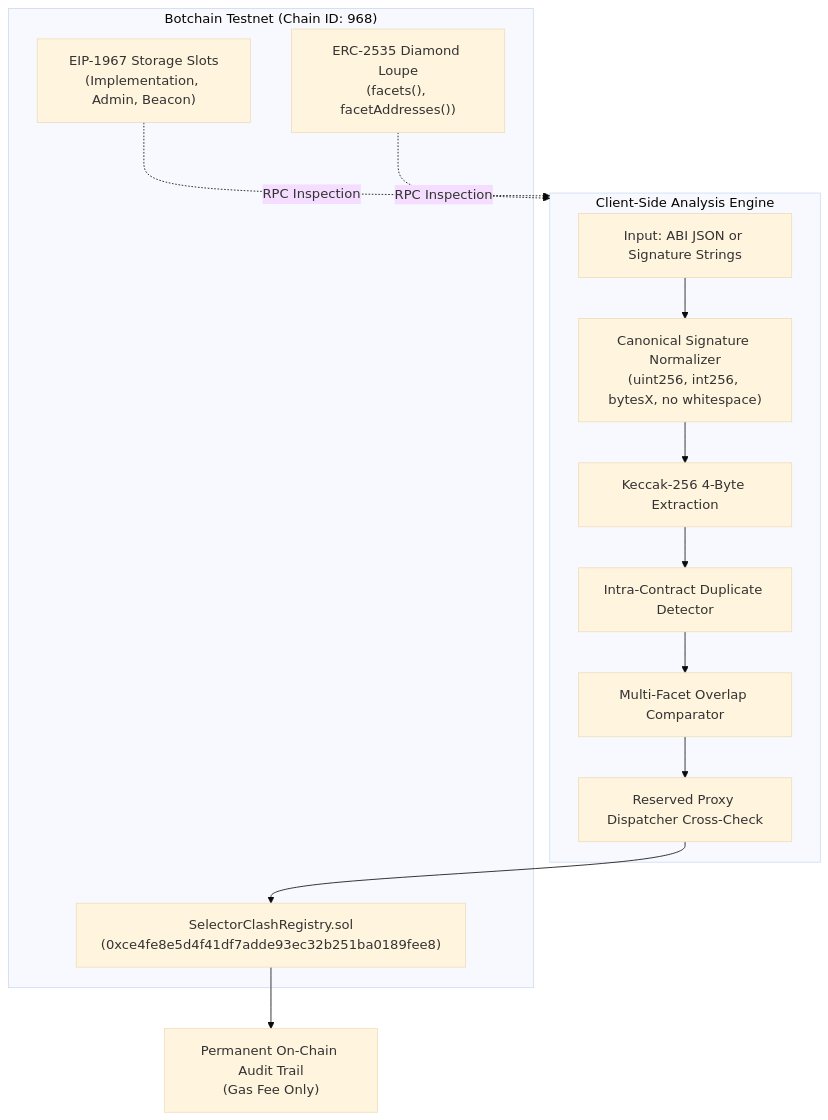
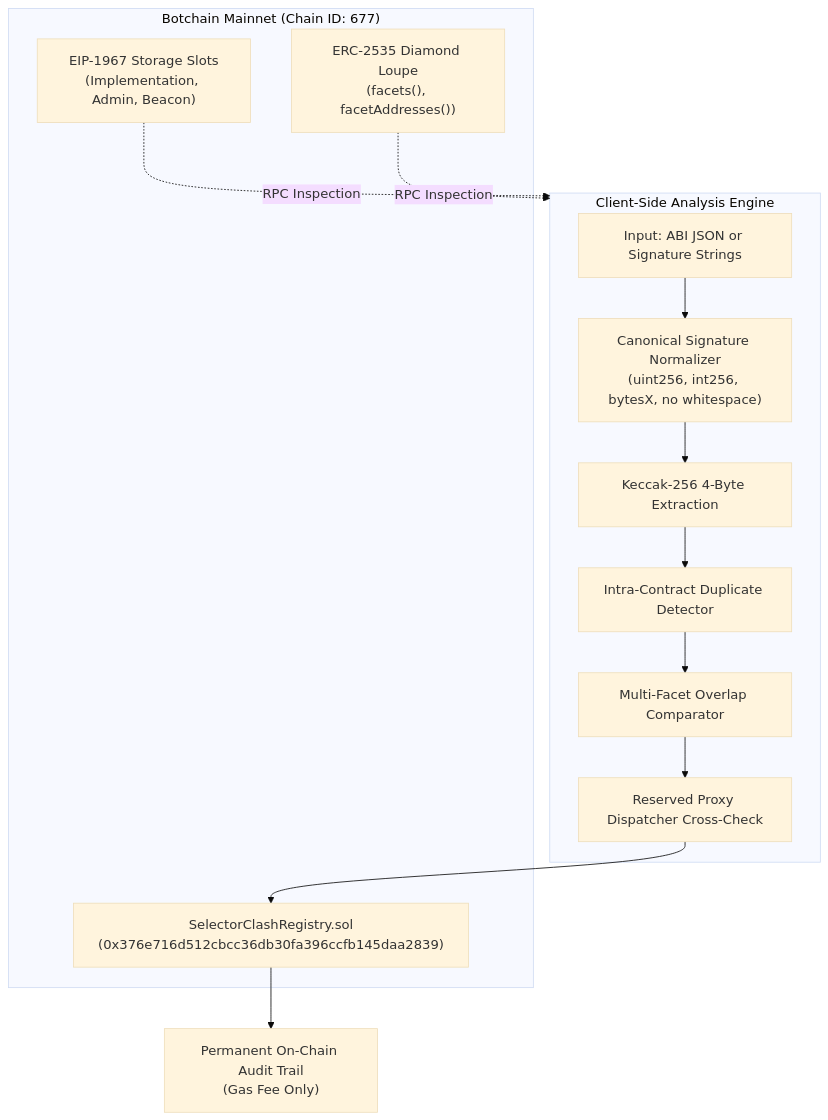
One commit to webtrovert0x/selectorClash changed the diagram in WHITEPAPER.md. Above: the diagram before and after it, drawn with Mermaid (base theme). The commit also changed other lines of this file and 24 other files, not shown here.

````diff
--- a/WHITEPAPER.md
+++ b/WHITEPAPER.md
@@ -100,23 +107,23 @@
 ```mermaid
 flowchart TD
     subgraph Client ["Client-Side Analysis Engine"]
         A1["Input: ABI JSON or Signature Strings"]
         A2["Canonical Signature Normalizer<br/>(uint256, int256, bytesX, no whitespace)"]
         A3["Keccak-256 4-Byte Extraction"]
         A4["Intra-Contract Duplicate Detector"]
         A5["Multi-Facet Overlap Comparator"]
         A6["Reserved Proxy Dispatcher Cross-Check"]
         A1 --> A2 --> A3 --> A4 --> A5 --> A6
     end
 
-    subgraph OnChain ["Botchain Testnet (Chain ID: 968)"]
+    subgraph OnChain ["Botchain Mainnet (Chain ID: 677)"]
         B1["EIP-1967 Storage Slots<br/>(Implementation, Admin, Beacon)"]
         B2["ERC-2535 Diamond Loupe<br/>(facets(), facetAddresses())"]
-        B3["SelectorClashRegistry.sol<br/>(0xce4fe8e5d4f41df7adde93ec32b251ba0189fee8)"]
+        B3["SelectorClashRegistry.sol<br/>(0x376e716d512cbcc36db30fa396ccfb145daa2839)"]
     end
 
     A6 --> B3
     B1 -. RPC Inspection .-> Client
     B2 -. RPC Inspection .-> Client
     B3 --> C["Permanent On-Chain Audit Trail<br/>(Gas Fee Only)"]
 ```
````
